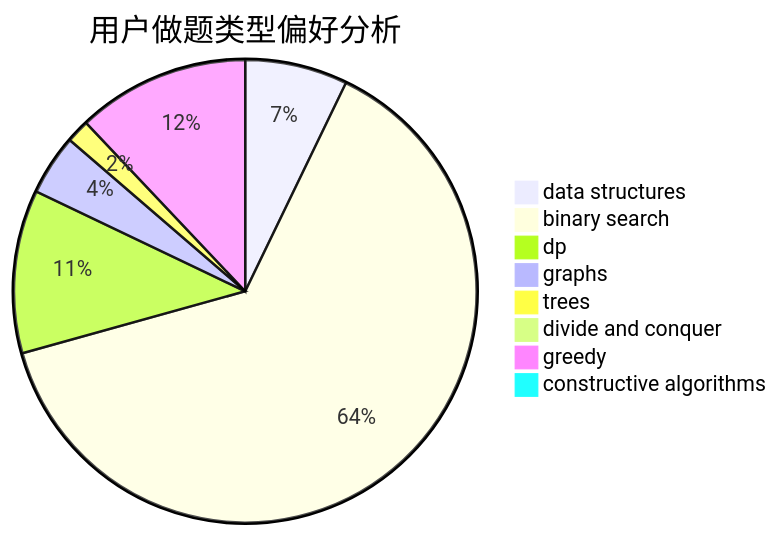
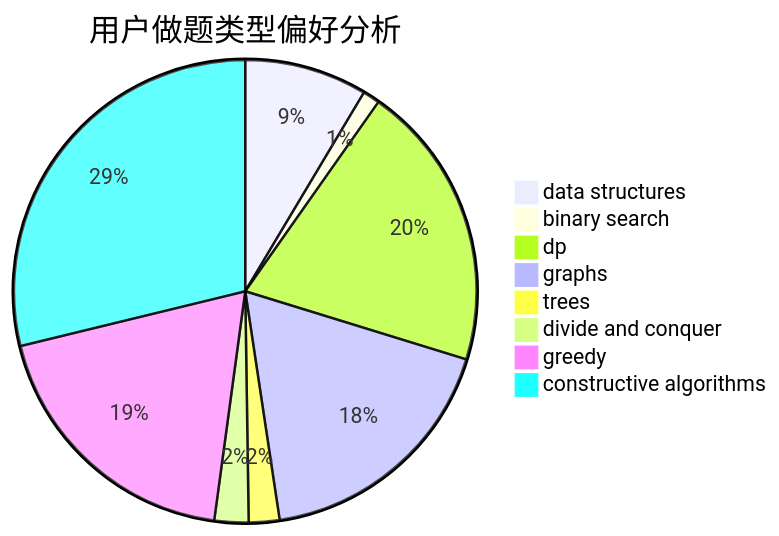
One commit to sherpahu/cfrs.github.io changed the second of 3 diagrams in docs/user/u2285.md. Above: the diagram before and after it, drawn with Mermaid. The commit also changed other lines of this file and 2770 other files, not shown here.

````diff
--- a/docs/user/u2285.md
+++ b/docs/user/u2285.md
@@ -23,11 +23,11 @@
 ```mermaid
 pie title 用户做题类型偏好分析
-    "data structures" :  22
-    "binary search" :  195
-    "dp" :  35
-    "graphs" :  13
-    "trees" :  5
-    "divide and conquer" :  0
-    "greedy" :  37
-    "constructive algorithms" :  0
+    "data structures" :  36
+    "binary search" :  5
+    "dp" :  84
+    "graphs" :  75
+    "trees" :  9
+    "divide and conquer" :  10
+    "greedy" :  80
+    "constructive algorithms" :  121
 ```
````
